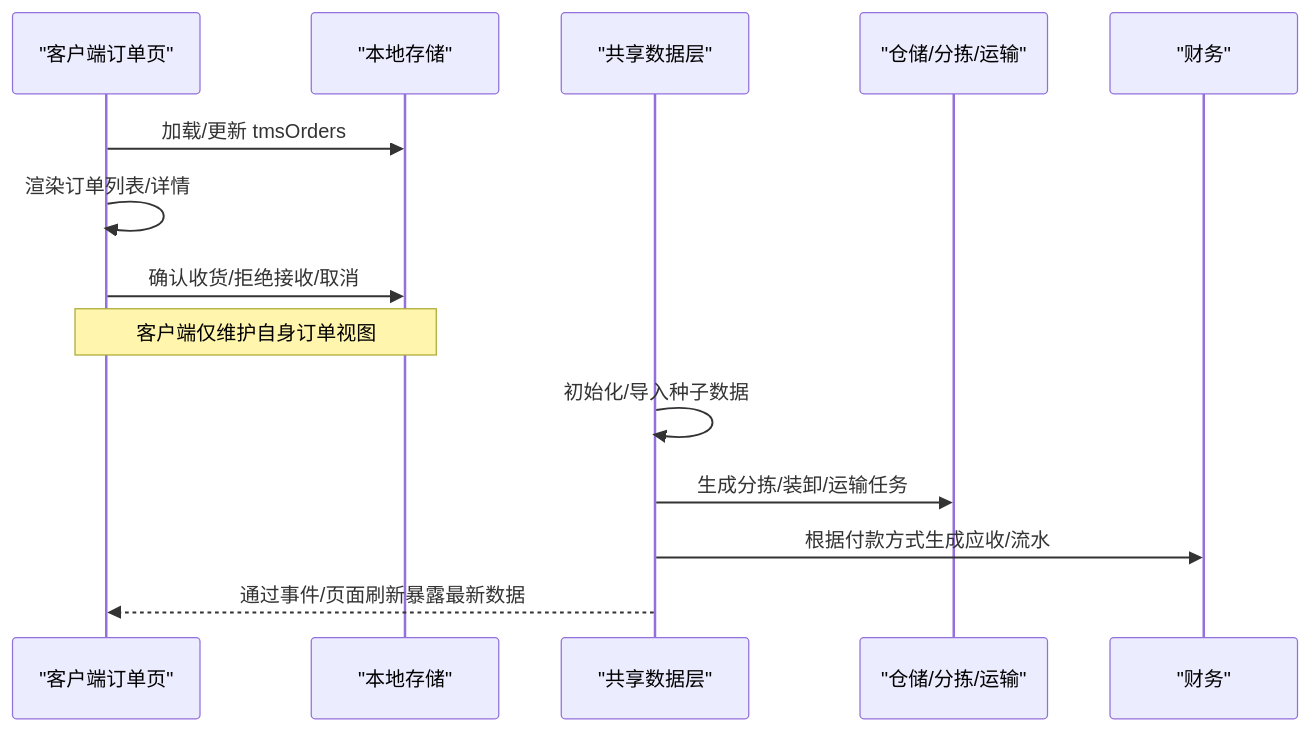
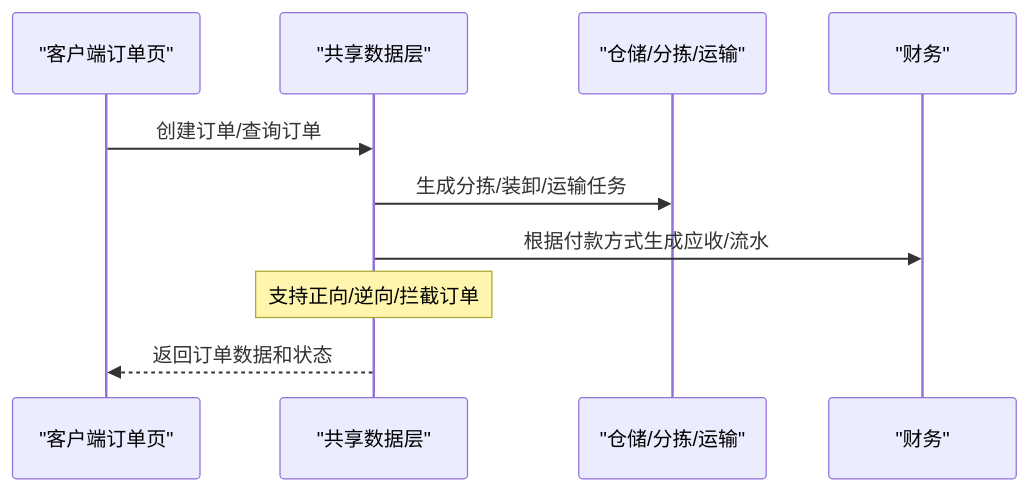
One commit to PengLine/blog-tms changed the second of 11 diagrams in .qoder/repowiki/zh/content/系统管理模块/运营管理/订单管理.md. Above: the diagram before and after it, drawn with Mermaid. The commit also changed other lines of this file and 101 other files, not shown here.

````diff
--- a/.qoder/repowiki/zh/content/系统管理模块/运营管理/订单管理.md
+++ b/.qoder/repowiki/zh/content/系统管理模块/运营管理/订单管理.md
@@ -69,16 +101,12 @@
 ```mermaid
 sequenceDiagram
 participant C as "客户端订单页"
-participant LS as "本地存储"
 participant S as "共享数据层"
 participant W as "仓储/分拣/运输"
 participant F as "财务"
-C->>LS : 加载/更新 tmsOrders
-C->>C : 渲染订单列表/详情
-C->>LS : 确认收货/拒绝接收/取消
-Note over C,LS : 客户端仅维护自身订单视图
-S->>S : 初始化/导入种子数据
+C->>S : 创建订单/查询订单
 S->>W : 生成分拣/装卸/运输任务
 S->>F : 根据付款方式生成应收/流水
-S-->>C : 通过事件/页面刷新暴露最新数据
+Note over S : 支持正向/逆向/拦截订单
+S-->>C : 返回订单数据和状态
 ```
````
